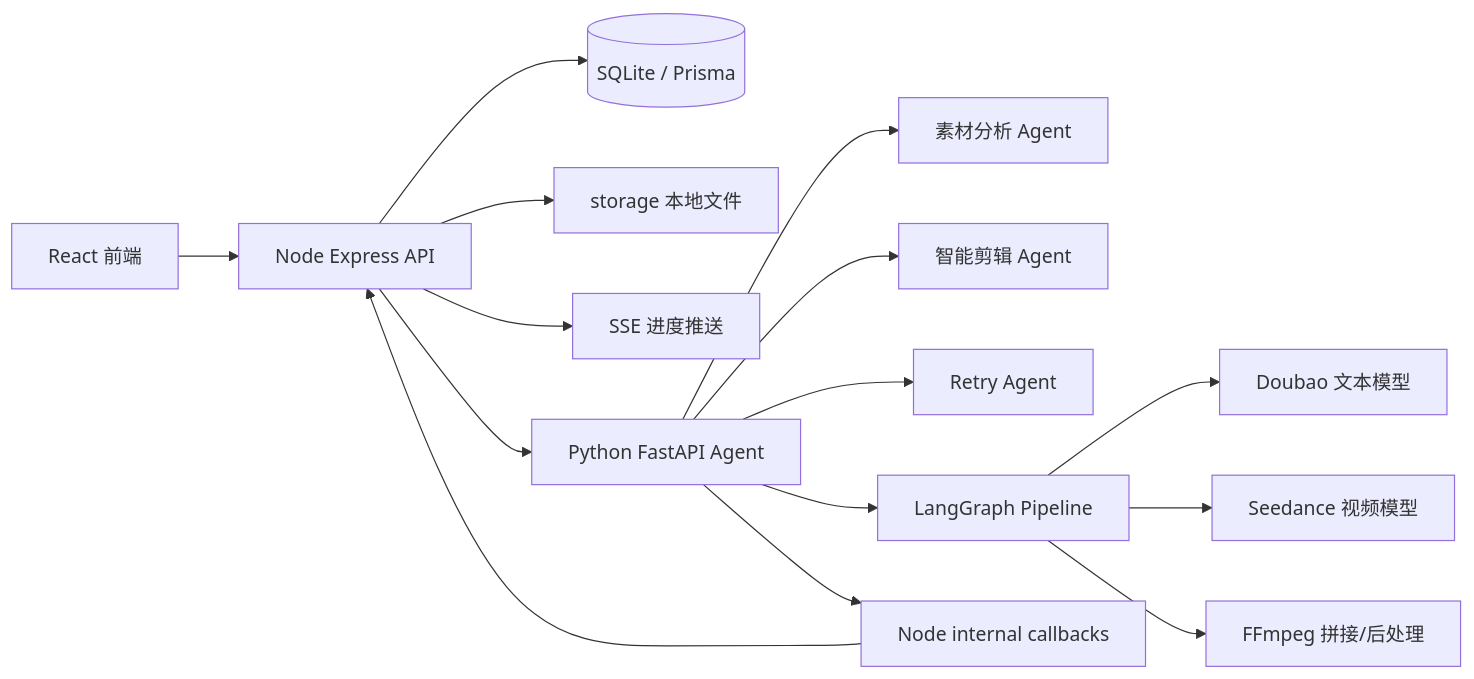
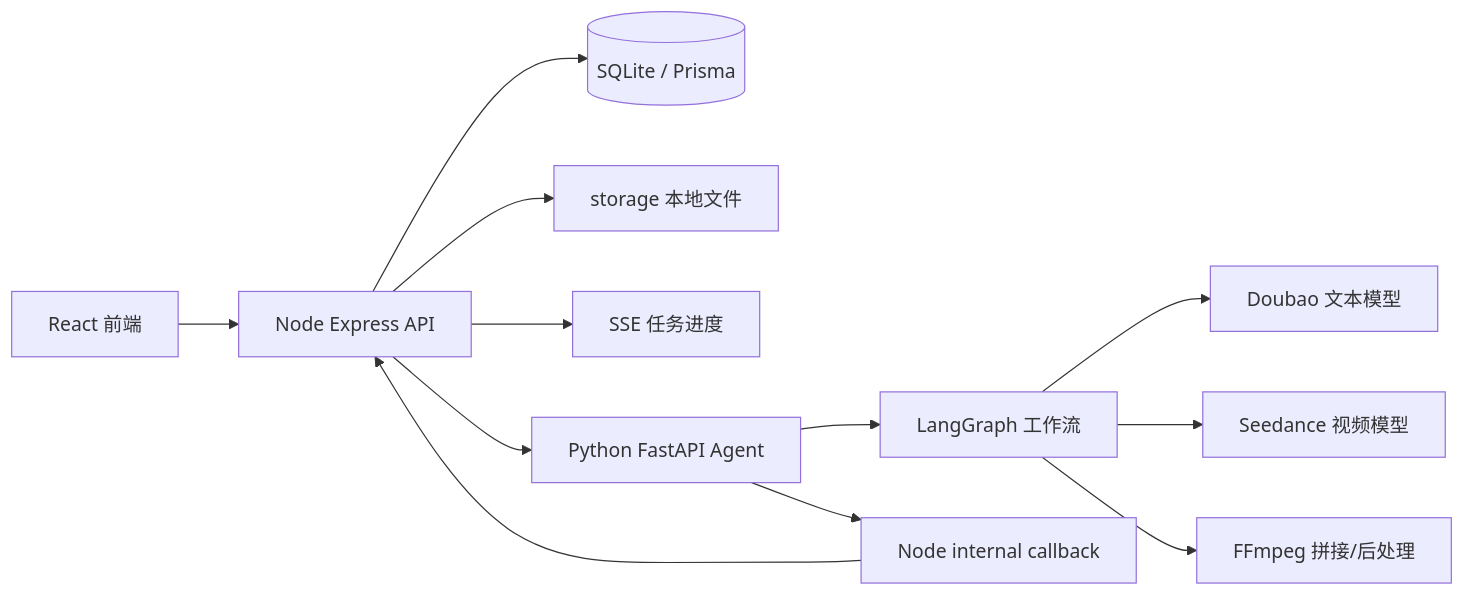
Before and after one commit to xiaoyugangg/tiktok_shop: the first of 13 diagrams in docs/项目讲解.md, drawn with Mermaid. The commit also changed other lines of this file, not shown here.

````diff
--- a/docs/项目讲解.md
+++ b/docs/项目讲解.md
@@ -92,17 +120,14 @@
 ```mermaid
 flowchart LR
-    Web[React 前端] --> API[Node Express API]
-    API --> DB[(SQLite / Prisma)]
-    API --> Storage[storage 本地文件]
-    API --> SSE[SSE 进度推送]
-    API --> Agent[Python FastAPI Agent]
-    Agent --> Material[素材分析 Agent]
-    Agent --> Editing[智能剪辑 Agent]
-    Agent --> Retry[Retry Agent]
-    Agent --> Graph[LangGraph Pipeline]
-    Graph --> Text[Doubao 文本模型]
-    Graph --> Video[Seedance 视频模型]
-    Graph --> FFmpeg[FFmpeg 拼接/后处理]
-    Agent --> Callback[Node internal callbacks]
-    Callback --> API
+  Web[React 前端] --> API[Node Express API]
+  API --> DB[(SQLite / Prisma)]
+  API --> Storage[storage 本地文件]
+  API --> SSE[SSE 任务进度]
+  API --> Agent[Python FastAPI Agent]
+  Agent --> LangGraph[LangGraph 工作流]
+  LangGraph --> TextModel[Doubao 文本模型]
+  LangGraph --> VideoModel[Seedance 视频模型]
+  LangGraph --> FFMPEG[FFmpeg 拼接/后处理]
+  Agent --> Callback[Node internal callback]
+  Callback --> API
 ```
````
